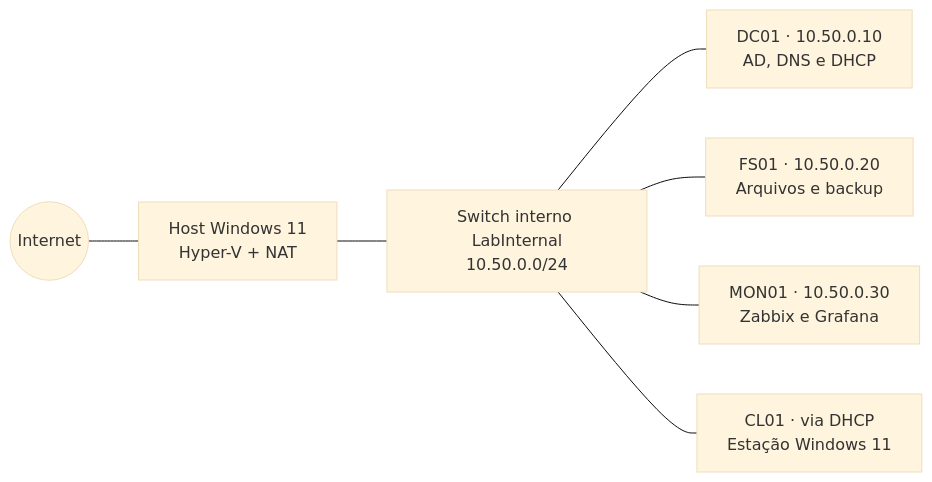
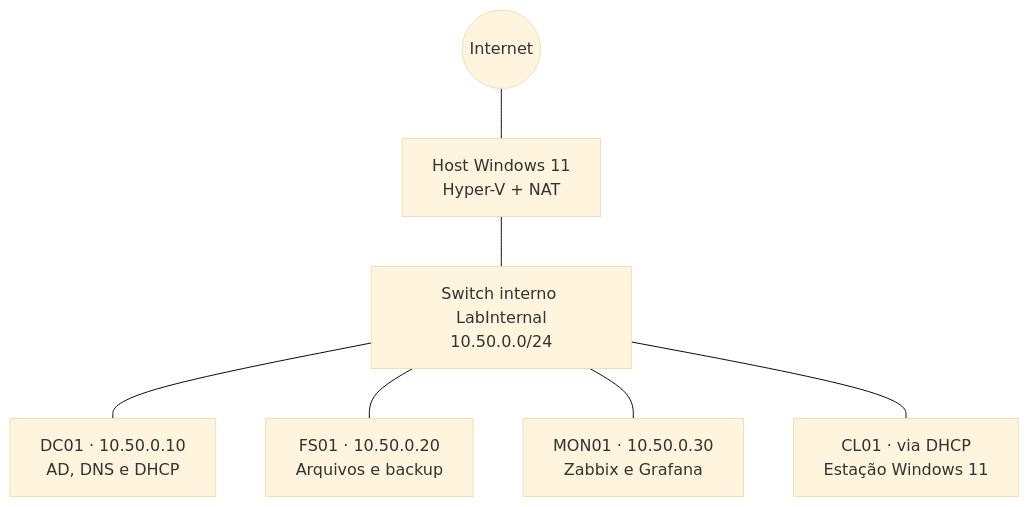
The diagram in README.md (matheuslab-bit/microsoft-infra-labs), drawn with Mermaid (base theme) before and after one commit.

Commit message:
docs: diagrama do laboratorio de cima para baixo

````diff
--- a/README.md
+++ b/README.md
@@ -22,9 +22,9 @@
 ```mermaid
-flowchart LR
+flowchart TB
     internet((Internet)) --- host["Host Windows 11<br/>Hyper-V + NAT"]
     host --- sw["Switch interno LabInternal<br/>10.50.0.0/24"]
     sw --- dc["DC01 · 10.50.0.10<br/>AD, DNS e DHCP"]
     sw --- fs["FS01 · 10.50.0.20<br/>Arquivos e backup"]
     sw --- mon["MON01 · 10.50.0.30<br/>Zabbix e Grafana"]
     sw --- cl["CL01 · via DHCP<br/>Estação Windows 11"]
 ```
````
